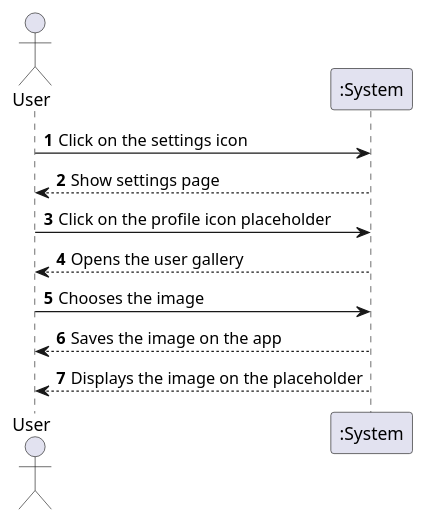
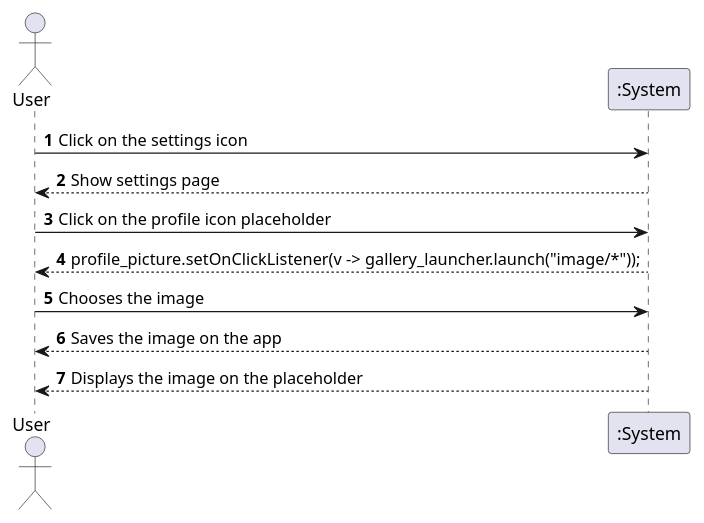
One commit to VitorHTeixeira/DSSMV_ProjectDroid_1232067_1241131_1241008 changed the diagram in UMLs/SSDs/uml/UCSS_UCSSD/UCSS1_UCSSD.puml. Above: the diagram before and after it, drawn with PlantUML. The commit also changed 119 other files, not shown here.

First line of the commit message:
Docs: Adição e atualização de diagramas UML e de sequência

```diff
--- a/UMLs/SSDs/uml/UCSS_UCSSD/UCSS1_UCSSD.puml
+++ b/UMLs/SSDs/uml/UCSS_UCSSD/UCSS1_UCSSD.puml
@@ -1,23 +1,23 @@
 @startuml
 'https://plantuml.com/sequence-diagram
 
 autonumber
 
 autonumber
 
 actor "User" as user
 participant ":System" as sys
 
 user -> sys: Click on the settings icon
 user <-- sys: Show settings page
 
 user -> sys: Click on the profile icon placeholder
-user <-- sys: Opens the user gallery
+user <-- sys: profile_picture.setOnClickListener(v -> gallery_launcher.launch("image/*"));
 
 user -> sys: Chooses the image
 user <-- sys: Saves the image on the app
 user <-- sys: Displays the image on the placeholder
 
 
 
 @enduml
```
